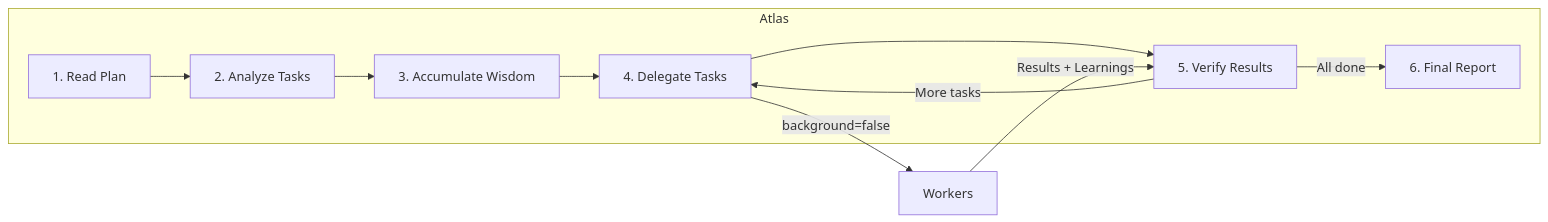
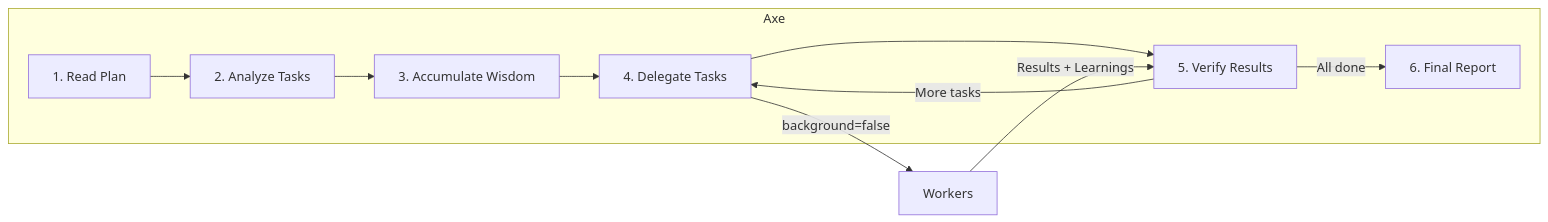
The third of 4 diagrams in docs/guide/understanding-orchestration-system.md (Heldinhow/oh-my-opencode), drawn with Mermaid before and after one commit. The commit also changed other lines of this file and 98 other files, not shown here.

````diff
--- a/docs/guide/understanding-orchestration-system.md
+++ b/docs/guide/understanding-orchestration-system.md
@@ -161,21 +161,21 @@
 ```mermaid
 flowchart LR
-    subgraph Orchestrator["Atlas"]
+    subgraph Orchestrator["Axe"]
         Read["1. Read Plan"]
         Analyze["2. Analyze Tasks"]
         Wisdom["3. Accumulate Wisdom"]
         Delegate["4. Delegate Tasks"]
         Verify["5. Verify Results"]
         Report["6. Final Report"]
     end
     
     Read --> Analyze
     Analyze --> Wisdom
     Wisdom --> Delegate
     Delegate --> Verify
     Verify -->|"More tasks"| Delegate
     Verify -->|"All done"| Report
     
     Delegate -->|"background=false"| Workers["Workers"]
     Workers -->|"Results + Learnings"| Verify
 ```
````
